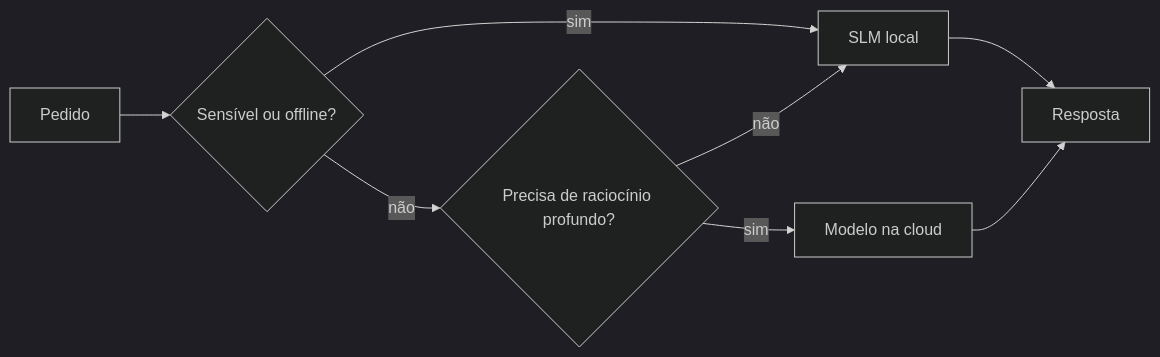
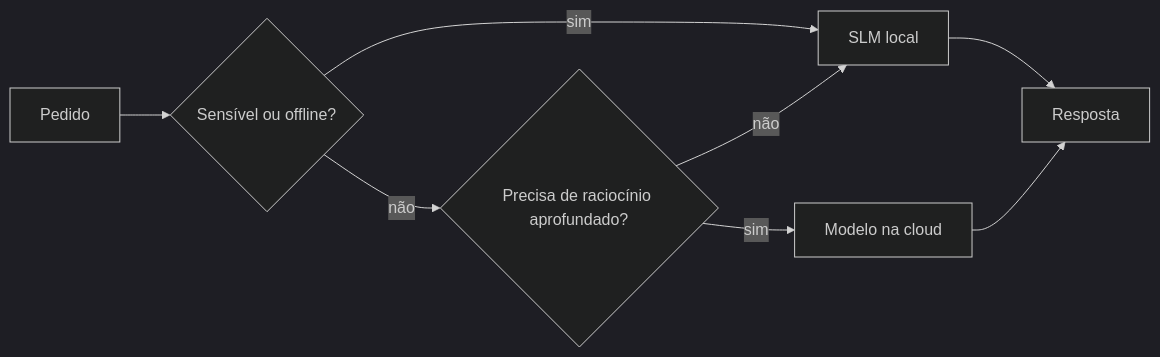
One commit to microsoft/ai-agents-for-beginners changed the fourth of 4 diagrams in translations/pt-PT/17-creating-local-ai-agents/README.md. Above: the diagram before and after it, drawn with Mermaid (dark theme). The commit also changed other lines of this file and 46 other files, not shown here.

````diff
--- a/translations/pt-PT/17-creating-local-ai-agents/README.md
+++ b/translations/pt-PT/17-creating-local-ai-agents/README.md
@@ -156,10 +156,10 @@
 ```mermaid
 flowchart LR
     Q[Pedido] --> S{Sensível ou offline?}
     S -->|sim| L[SLM local]
-    S -->|não| C{Precisa de raciocínio profundo?}
+    S -->|não| C{Precisa de raciocínio aprofundado?}
     C -->|não| L
     C -->|sim| Cloud[Modelo na cloud]
     L --> Out[Resposta]
     Cloud --> Out
 ```
````
